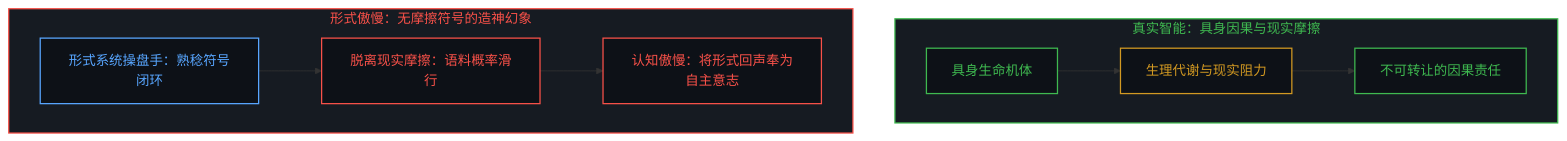
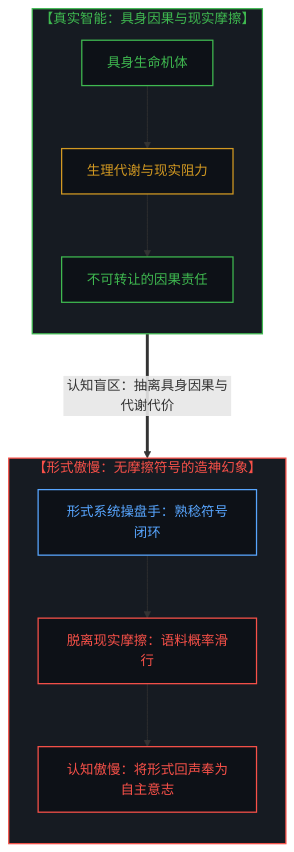
The fifth of 10 diagrams in content/posts/all-that-can-be-spoken-is-the-product-of-the-unspeakable.md (powerpig99/not-a-toe), drawn with Mermaid before and after one commit. The commit also changed other lines of this file and 1 other file, not shown here.

Commit message:
Convert Post #333 Mermaid diagrams to strictly vertical mobile-friendly top-down flow and add audit invariant

````diff
--- a/content/posts/all-that-can-be-spoken-is-the-product-of-the-unspeakable.md
+++ b/content/posts/all-that-can-be-spoken-is-the-product-of-the-unspeakable.md
@@ -151,25 +167,29 @@
 ```mermaid
 graph TD
     classDef default fill:#0d1117,stroke:#30363d,stroke-width:1px,color:#f0f6fc;
     classDef mind fill:#0d1117,stroke:#3fb950,stroke-width:1.5px,color:#3fb950;
     classDef failure fill:#0d1117,stroke:#f85149,stroke-width:1.5px,color:#f85149;
     classDef scaffold fill:#0d1117,stroke:#d29922,stroke-width:1.5px,color:#d29922;
     classDef model fill:#0d1117,stroke:#58a6ff,stroke-width:1.5px,color:#58a6ff;
 
-    subgraph S_LivingMind ["真实智能：具身因果与现实摩擦"]
+    subgraph S_LivingMind ["【真实智能：具身因果与现实摩擦】"]
+        direction TB
         L1["具身生命机体"]:::mind
         L2["生理代谢与现实阻力"]:::scaffold
         L3["不可转让的因果责任"]:::mind
         L1 --> L2 --> L3
     end
 
-    subgraph S_FormalHubris ["形式傲慢：无摩擦符号的造神幻象"]
+    subgraph S_FormalHubris ["【形式傲慢：无摩擦符号的造神幻象】"]
+        direction TB
         H1["形式系统操盘手：熟稔符号闭环"]:::model
         H2["脱离现实摩擦：语料概率滑行"]:::failure
         H3["认知傲慢：将形式回声奉为自主意志"]:::failure
         H1 --> H2 --> H3
     end
 
+    L3 ===>|"认知盲区：抽离具身因果与代谢代价"| H1
+
     style S_LivingMind fill:#161b22,stroke:#3fb950,stroke-width:1.5px,color:#3fb950
     style S_FormalHubris fill:#161b22,stroke:#f85149,stroke-width:1.5px,color:#f85149
 ```
````
